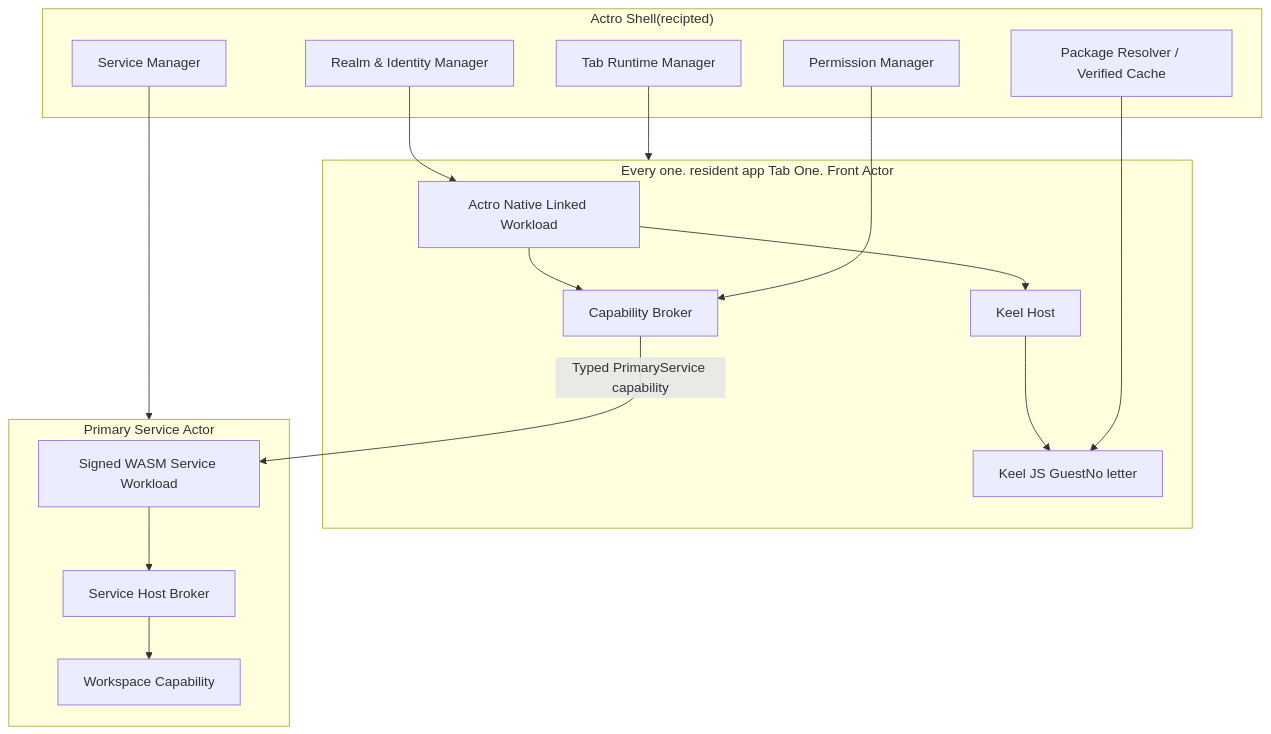
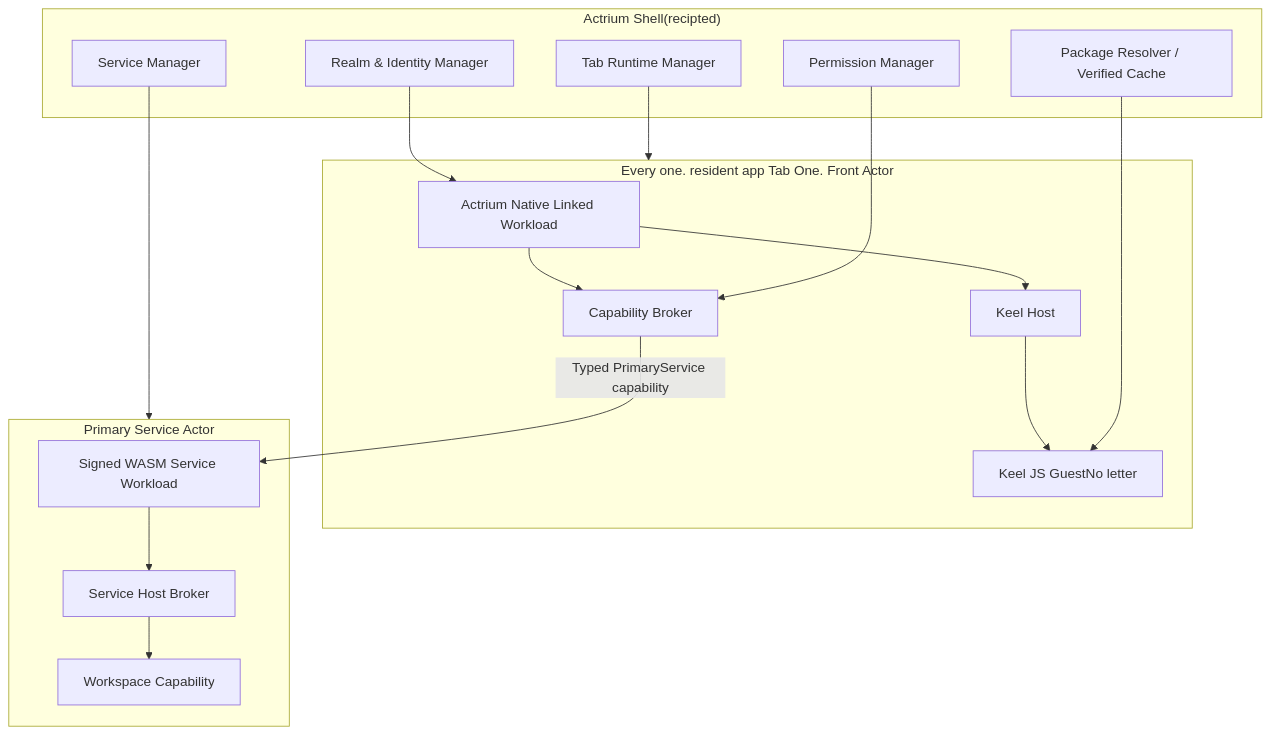
The diagram in docs/product/actrium-v1/06-runtime-and-protocol.md (Actrium/actrium), drawn with Mermaid before and after one commit. The commit also changed other lines of this file and 999 other files, not shown here.

````diff
--- a/docs/product/actrium-v1/06-runtime-and-protocol.md
+++ b/docs/product/actrium-v1/06-runtime-and-protocol.md
@@ -5,35 +5,35 @@
 ```mermaid
 flowchart TB
-    subgraph Shell["Actro Shell(recipted)"]
+    subgraph Shell["Actrium Shell(recipted)"]
         TRM["Tab Runtime Manager"]
         PR["Package Resolver / Verified Cache"]
         PM["Permission Manager"]
         RM["Realm & Identity Manager"]
         SM["Service Manager"]
     end
 
     subgraph Front["Every one. resident app Tab One. Front Actor"]
-        NW["Actro Native Linked Workload"]
+        NW["Actrium Native Linked Workload"]
         RH["Keel Host"]
         CB["Capability Broker"]
         RG["Keel JS Guest"No letter""]
         NW --> RH
         RH --> RG
         NW --> CB
     end
 
     subgraph Service["Primary Service Actor"]
         SW["Signed WASM Service Workload"]
         SB["Service Host Broker"]
         WS["Workspace Capability"]
         SW --> SB
         SB --> WS
     end
 
     TRM --> Front
     PR --> RG
     PM --> CB
     RM --> NW
     SM --> Service
     CB -->|"Typed PrimaryService capability"| SW
 ```
````
